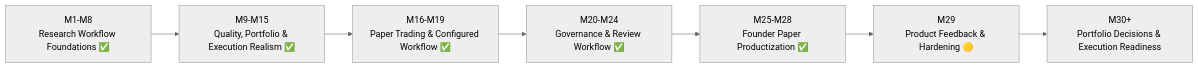
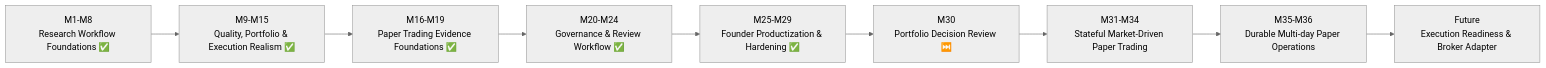
One commit to yanxinnnnnn/El-Psy-Quant changed the diagram in docs/roadmap.md. Above: the diagram before and after it, drawn with Mermaid (neutral theme). The commit also changed other lines of this file, not shown here.

Commit message:
Close M29 and add M30-M36 to rolling roadmap

````diff
--- a/docs/roadmap.md
+++ b/docs/roadmap.md
@@ -17,9 +17,11 @@
 ```mermaid
 flowchart LR
     M1["M1-M8<br/>Research Workflow Foundations ✅"] --> M9["M9-M15<br/>Quality, Portfolio & Execution Realism ✅"]
-    M9 --> M16["M16-M19<br/>Paper Trading & Configured Workflow ✅"]
+    M9 --> M16["M16-M19<br/>Paper Trading Evidence Foundations ✅"]
     M16 --> M20["M20-M24<br/>Governance & Review Workflow ✅"]
-    M20 --> M25["M25-M28<br/>Founder Paper Productization ✅"]
-    M25 --> M29["M29<br/>Product Feedback & Hardening 🟡"]
-    M29 --> M30["M30+<br/>Portfolio Decisions & Execution Readiness"]
+    M20 --> M25["M25-M29<br/>Founder Productization & Hardening ✅"]
+    M25 --> M30["M30<br/>Portfolio Decision Review ⏭️"]
+    M30 --> M31["M31-M34<br/>Stateful Market-Driven Paper Trading"]
+    M31 --> M35["M35-M36<br/>Durable Multi-day Paper Operations"]
+    M35 --> FUTURE["Future<br/>Execution Readiness & Broker Adapter"]
 ```
````
